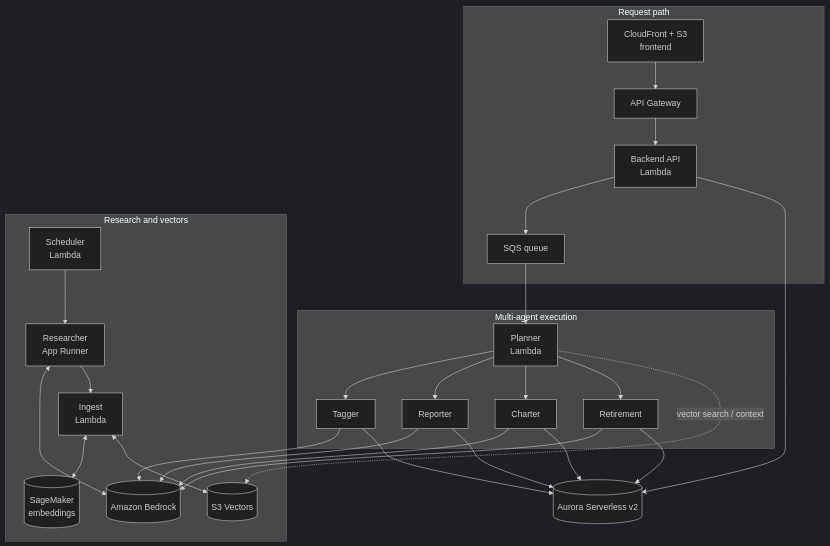
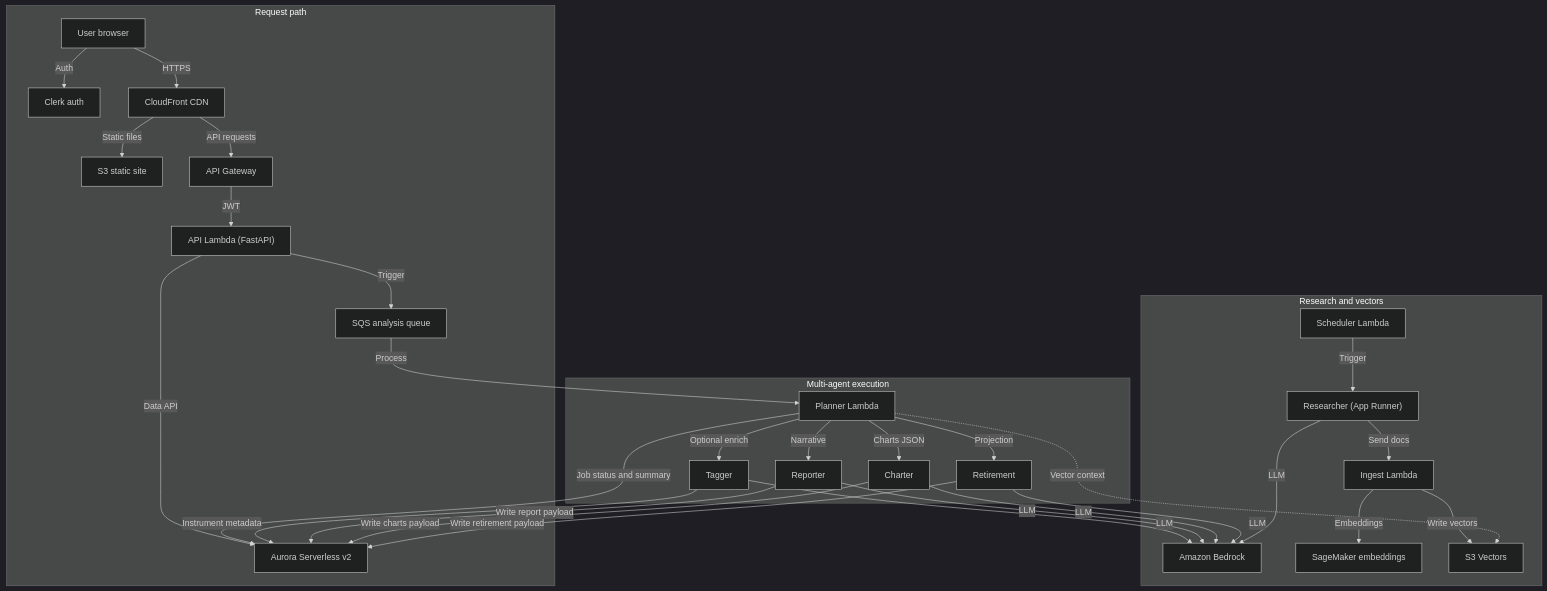
The first of 4 diagrams in README.md (aditya-caltechie/ai_financial_planner), drawn with Mermaid (dark theme) before and after one commit.

Commit message:
Add log md

````diff
--- a/README.md
+++ b/README.md
@@ -29,53 +29,64 @@
 ```mermaid
 flowchart TB
   subgraph ingest_path["Request path"]
-    CF[CloudFront + S3<br/>frontend]
-    GW[API Gateway]
-    API[Backend API<br/>Lambda]
-    Q[SQS queue]
-    CF --> GW
-    GW --> API
-    API --> Q
+    U["User browser"]
+    CLERK["Clerk auth"]
+    CF["CloudFront CDN"]
+    S3["S3 static site"]
+    GW["API Gateway"]
+    API["API Lambda (FastAPI)"]
+    Q["SQS analysis queue"]
+
+    U -->|HTTPS| CF
+    U -->|Auth| CLERK
+    CF -->|Static files| S3
+    CF -->|API requests| GW
+    GW -->|JWT| API
+    API -->|Data API| AU
+    API -->|Trigger| Q
   end
 
   subgraph agents["Multi-agent execution"]
-    PL[Planner<br/>Lambda]
-    TG[Tagger]
-    RP[Reporter]
-    CH[Charter]
-    RT[Retirement]
-    Q --> PL
-    PL --> TG
-    PL --> RP
-    PL --> CH
-    PL --> RT
+    PL["Planner Lambda"]
+    TG["Tagger"]
+    RP["Reporter"]
+    CH["Charter"]
+    RT["Retirement"]
+
+    Q -->|Process| PL
+    PL -->|Optional enrich| TG
+    PL -->|Narrative| RP
+    PL -->|Charts JSON| CH
+    PL -->|Projection| RT
   end
 
-  BR[(Amazon Bedrock)]
-  AU[(Aurora Serverless v2)]
+  BR["Amazon Bedrock"]
+  AU["Aurora Serverless v2"]
 
-  TG --> BR
-  RP --> BR
-  CH --> BR
-  RT --> BR
-  TG --> AU
-  RP --> AU
-  CH --> AU
-  RT --> AU
+  TG -->|LLM| BR
+  RP -->|LLM| BR
+  CH -->|LLM| BR
+  RT -->|LLM| BR
+
+  PL -->|Job status and summary| AU
+  TG -->|Instrument metadata| AU
+  RP -->|Write report payload| AU
+  CH -->|Write charts payload| AU
+  RT -->|Write retirement payload| AU
 
   subgraph research["Research and vectors"]
-    SCH[Scheduler<br/>Lambda]
-    AR[Researcher<br/>App Runner]
-    ING[Ingest<br/>Lambda]
-    SM[(SageMaker<br/>embeddings)]
-    VS[(S3 Vectors)]
-    SCH --> AR
-    AR <--> BR
-    AR --> ING
-    ING <--> SM
-    ING <--> VS
+    SCH["Scheduler Lambda"]
+    AR["Researcher (App Runner)"]
+    ING["Ingest Lambda"]
+    SM["SageMaker embeddings"]
+    VS["S3 Vectors"]
+
+    SCH -->|Trigger| AR
+    AR -->|LLM| BR
+    AR -->|Send docs| ING
+    ING -->|Embeddings| SM
+    ING -->|Write vectors| VS
   end
 
-  PL -.->|vector search / context| VS
-  API --> AU
+  PL -.->|Vector context| VS
 ```
````
